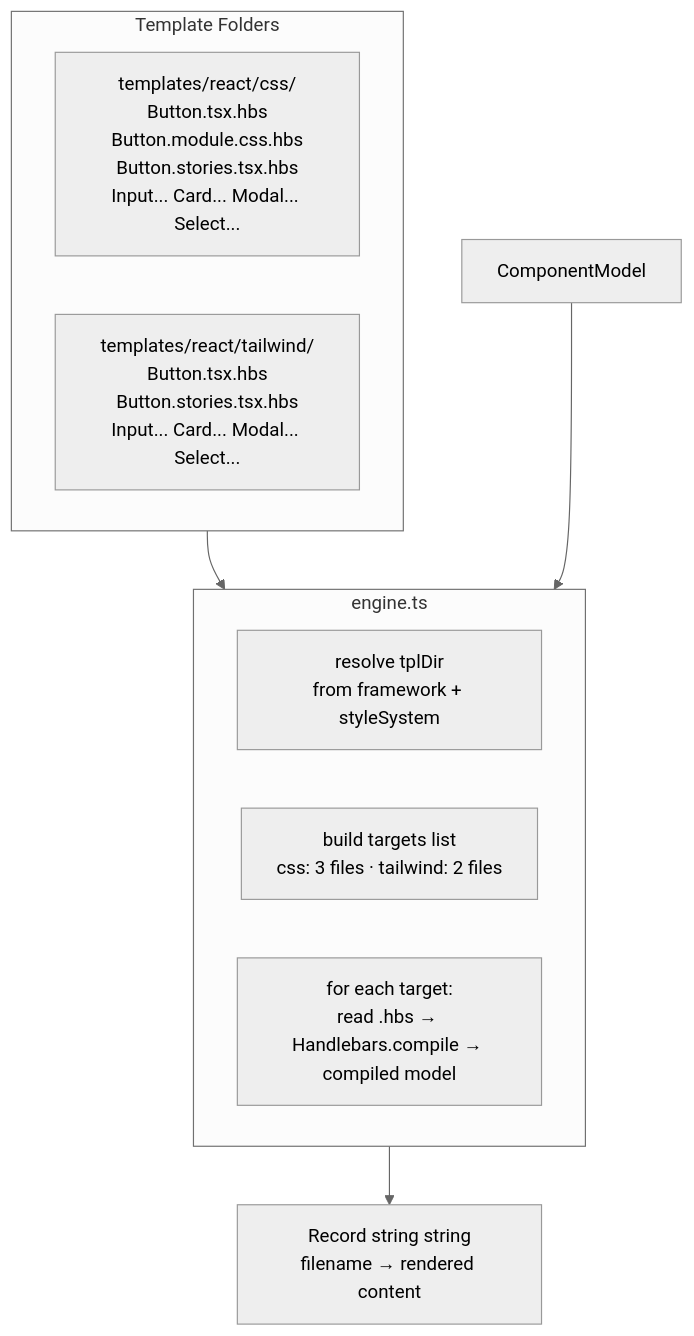
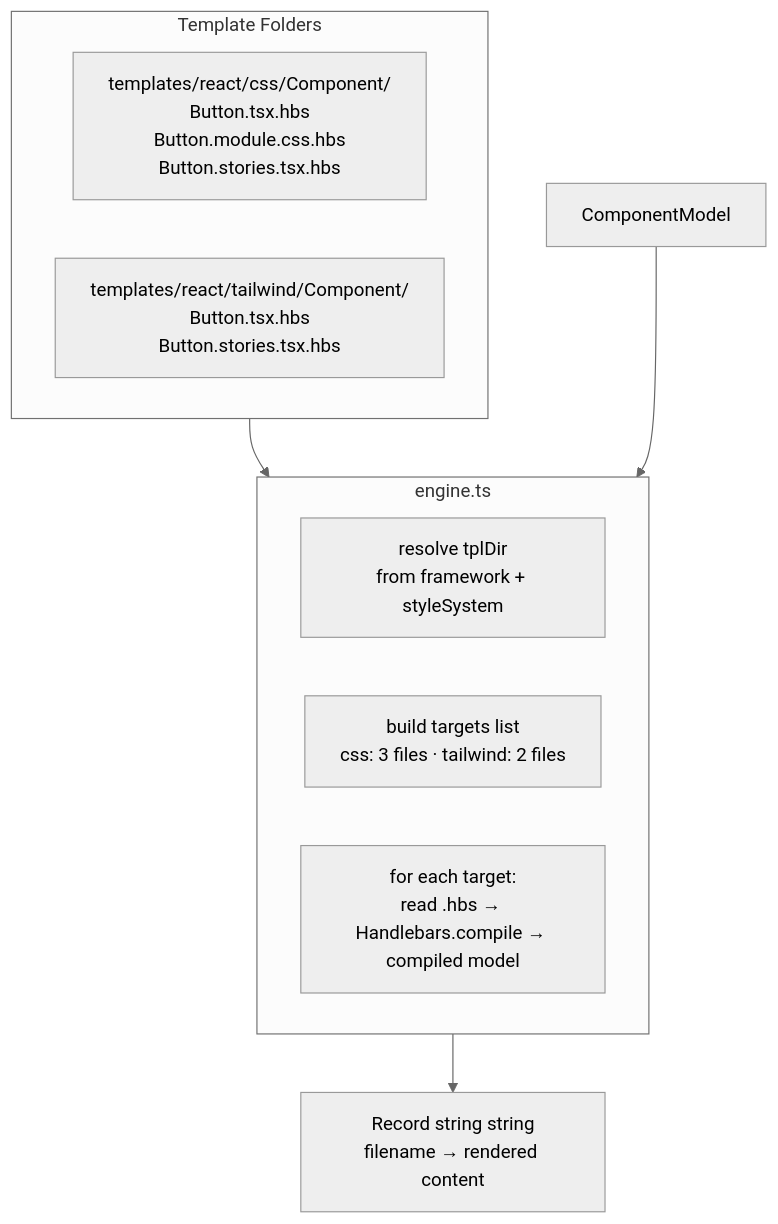
Diagram 28 of 47 in crucible-architecture.md (Naveen2070/project_crucible), drawn with Mermaid (neutral theme) before and after one commit. The commit also changed other lines of this file and 1 other file, not shown here.

Commit message:
docs: update architecture diagrams for Phase 5 structure

````diff
--- a/crucible-architecture.md
+++ b/crucible-architecture.md
@@ -611,15 +613,15 @@
 ```mermaid
 graph TD
     subgraph FOLDERS ["Template Folders"]
-        A[templates/react/css/\nButton.tsx.hbs\nButton.module.css.hbs\nButton.stories.tsx.hbs\nInput... Card... Modal... Select...]
-        B[templates/react/tailwind/\nButton.tsx.hbs\nButton.stories.tsx.hbs\nInput... Card... Modal... Select...]
+        A[templates/react/css/Component/\nButton.tsx.hbs\nButton.module.css.hbs\nButton.stories.tsx.hbs]
+        B[templates/react/tailwind/Component/\nButton.tsx.hbs\nButton.stories.tsx.hbs]
     end
     subgraph ENGINE ["engine.ts"]
         C[resolve tplDir\nfrom framework + styleSystem]
         D[build targets list\ncss: 3 files · tailwind: 2 files]
         E[for each target:\nread .hbs → Handlebars.compile → compiled model]
     end
     FOLDERS --> ENGINE
     F[ComponentModel] --> ENGINE
     ENGINE --> G[Record string string\nfilename → rendered content]
 ```
````
